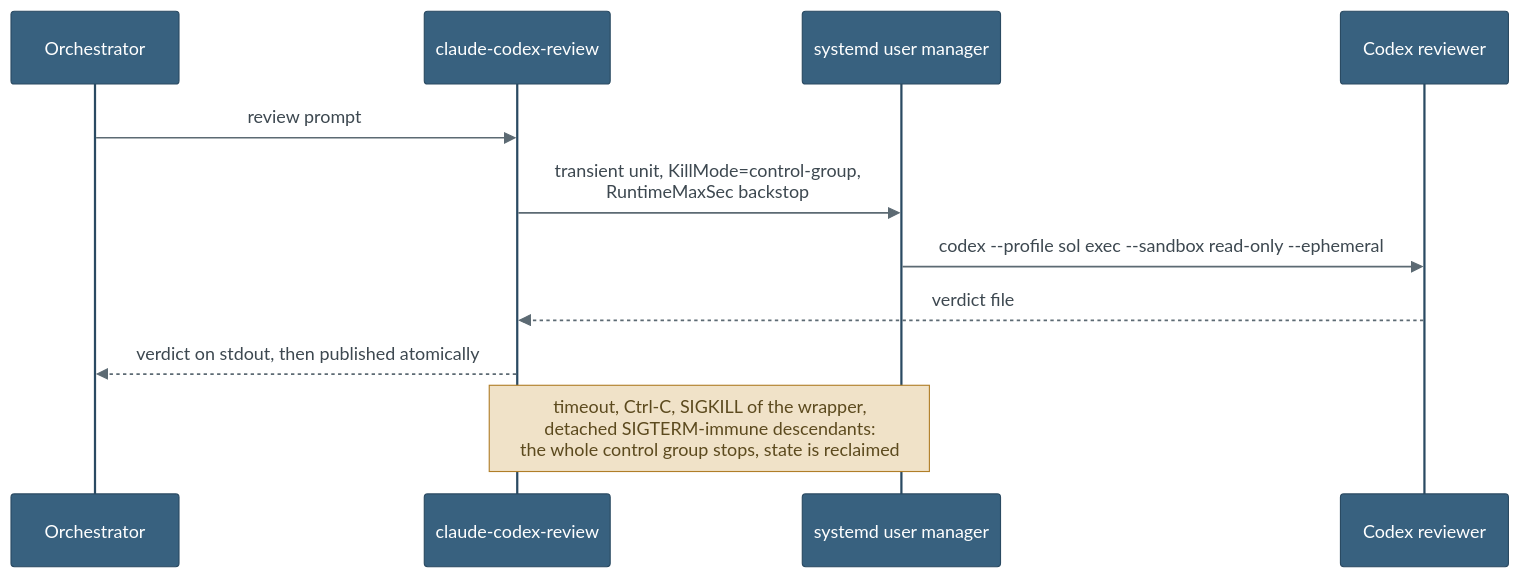
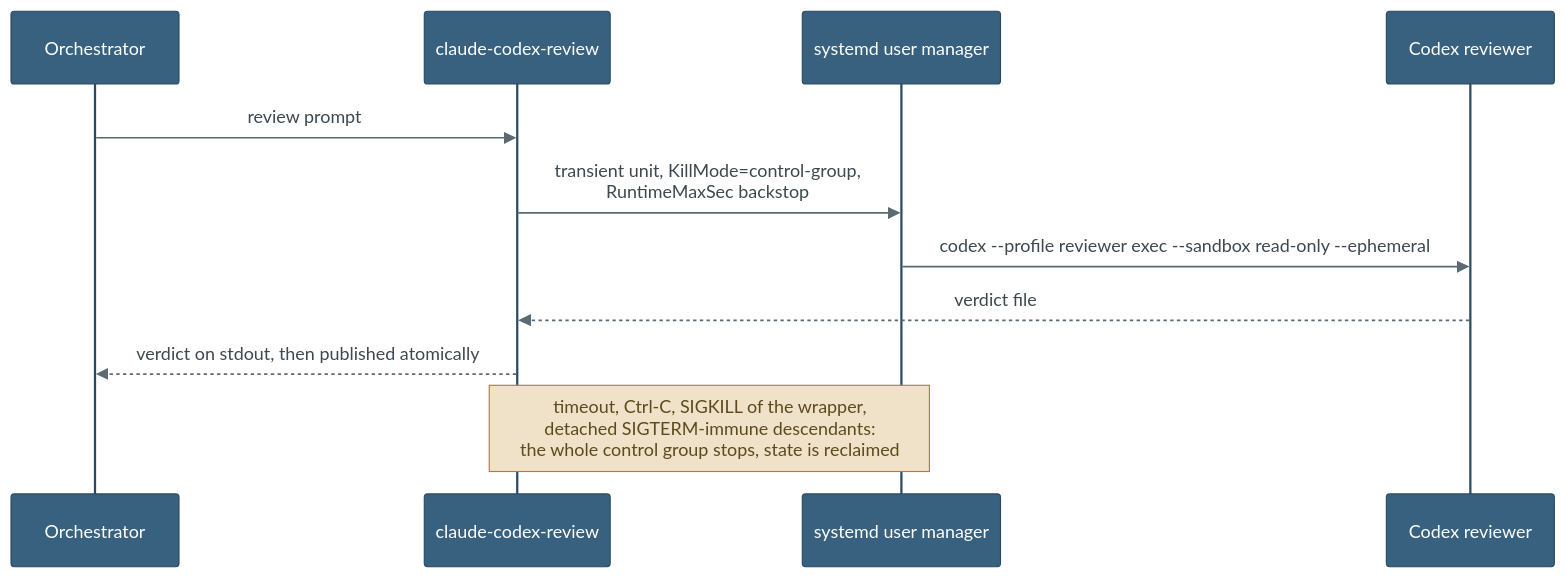
Before and after one commit to nikfilippas/orrery: the second of 2 diagrams in README.md, drawn with Mermaid. The commit also changed other lines of this file and 3 other files, not shown here.

````diff
--- a/README.md
+++ b/README.md
@@ -125,20 +125,20 @@
 ```mermaid
 %%{init: {'theme': 'base', 'themeVariables': {
     'actorBkg': '#38617f', 'actorTextColor': '#ffffff',
     'actorBorder': '#2a4a62', 'signalColor': '#5c6a73',
     'signalTextColor': '#3d4850',
     'noteBkgColor': '#f0e2c8', 'noteTextColor': '#5c4a1e',
     'noteBorderColor': '#b07e28',
     'sequenceNumberColor': '#ffffff'}}}%%
 sequenceDiagram
     participant O as Orchestrator
     participant W as claude-codex-review
     participant M as systemd user manager
     participant X as Codex reviewer
     O->>W: review prompt
     W->>M: transient unit, KillMode=control-group,<br/>RuntimeMaxSec backstop
-    M->>X: codex --profile sol exec --sandbox read-only --ephemeral
+    M->>X: codex --profile reviewer exec --sandbox read-only --ephemeral
     X-->>W: verdict file
     W-->>O: verdict on stdout, then published atomically
     Note over W,M: timeout, Ctrl-C, SIGKILL of the wrapper,<br/>detached SIGTERM-immune descendants:<br/>the whole control group stops, state is reclaimed
 ```
````
